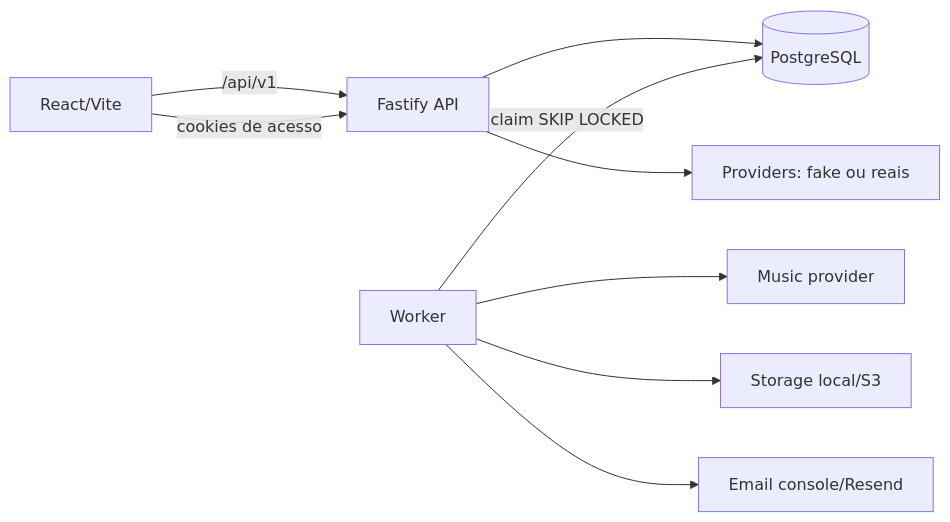
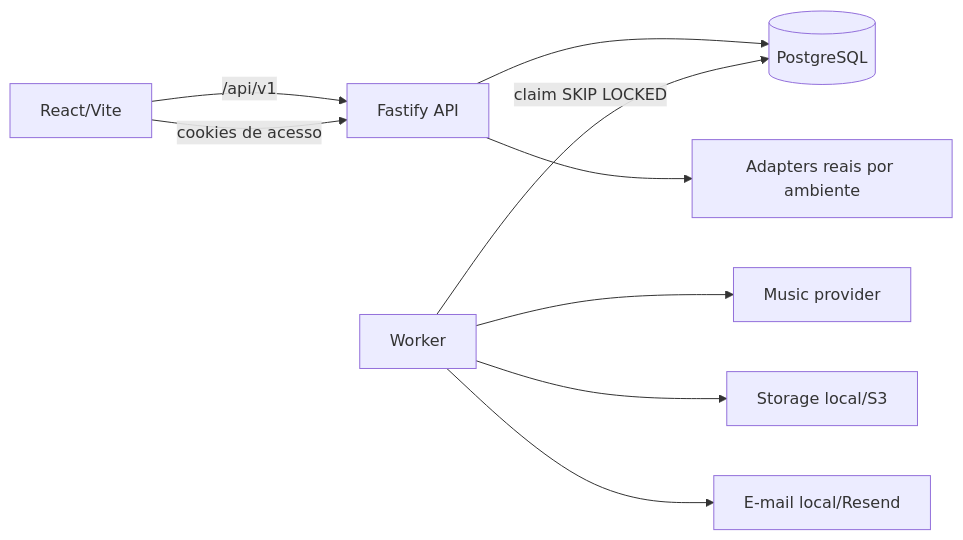
One commit to gustavospriebe/music changed the diagram in docs/architecture.md. Above: the diagram before and after it, drawn with Mermaid. The commit also changed other lines of this file and 20 other files, not shown here.

````diff
--- a/docs/architecture.md
+++ b/docs/architecture.md
@@ -3,11 +3,11 @@
 ```mermaid
 flowchart LR
   W[React/Vite] -->|/api/v1| A[Fastify API]
   A --> D[(PostgreSQL)]
-  A --> P[Providers: fake ou reais]
+  A --> P[Adapters reais por ambiente]
   K[Worker] -->|claim SKIP LOCKED| D
   K --> M[Music provider]
   K --> S[Storage local/S3]
-  K --> E[Email console/Resend]
+  K --> E[E-mail local/Resend]
   W -->|cookies de acesso| A
 ```
````
